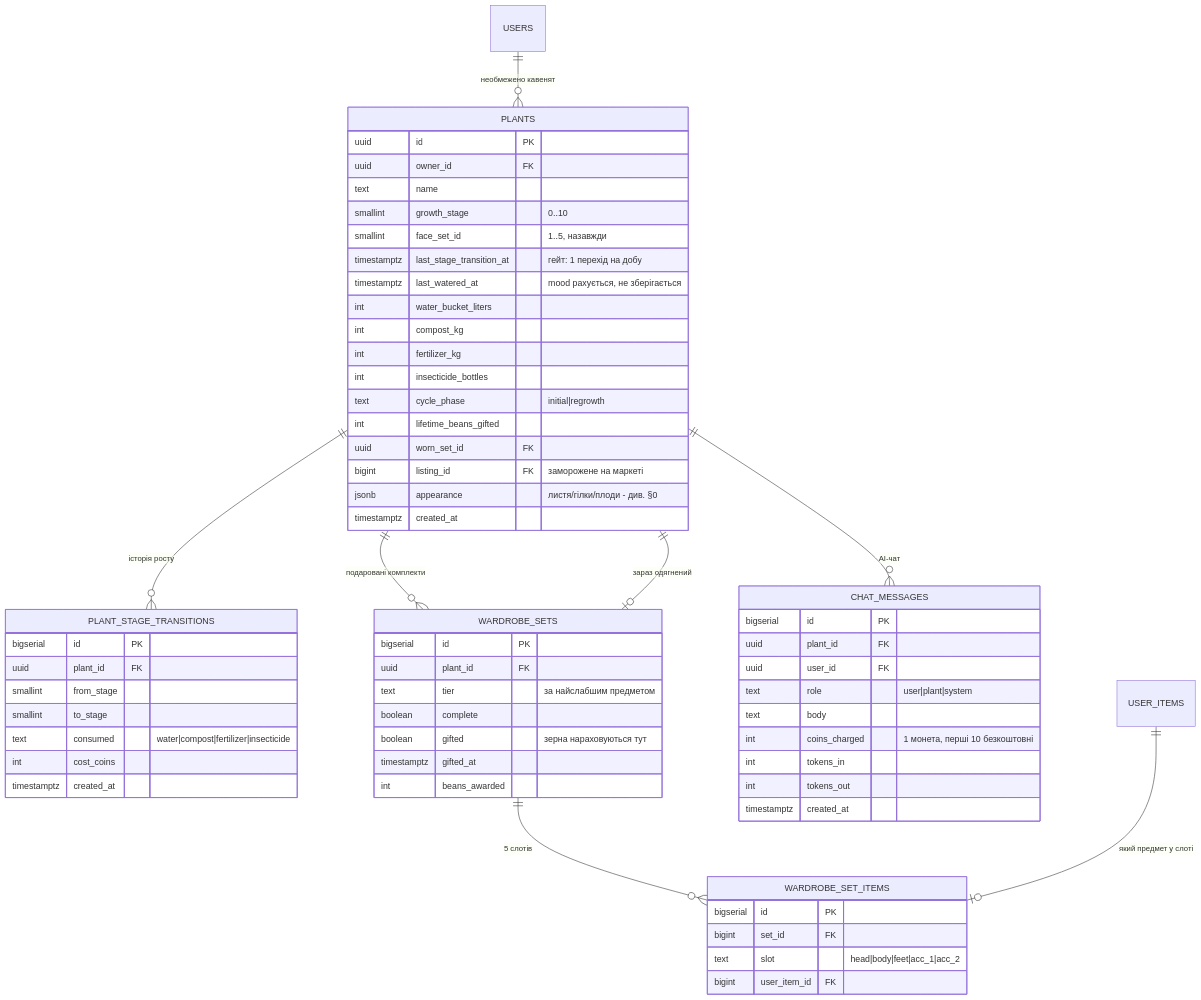
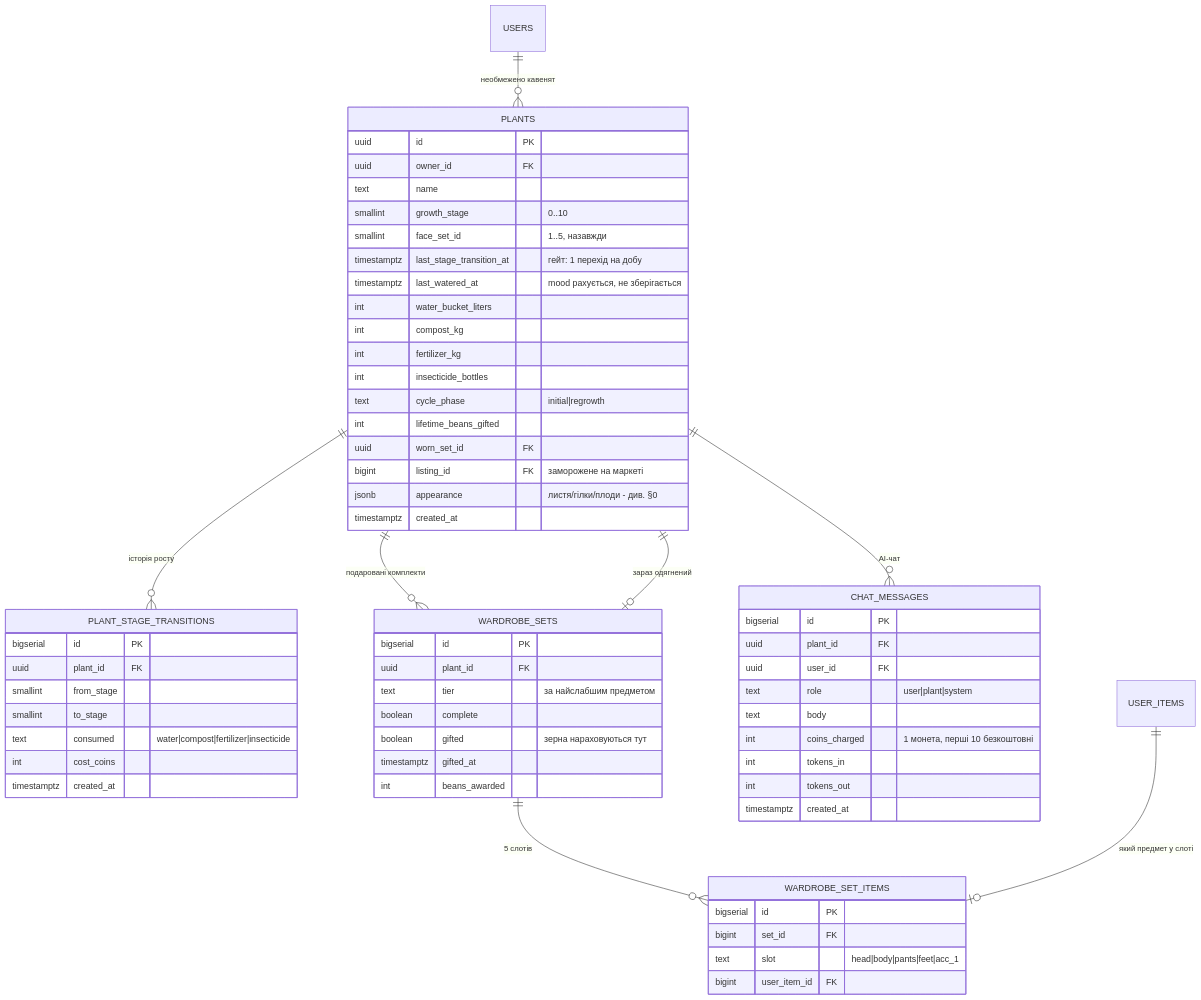
The third of 4 diagrams in docs/db-schema.md (arsengoian/extrovert.cafe), drawn with Mermaid before and after one commit. The commit also changed other lines of this file and 10 other files, not shown here.

````diff
--- a/docs/db-schema.md
+++ b/docs/db-schema.md
@@ -345,65 +449,65 @@
 ```mermaid
 erDiagram
     USERS ||--o{ PLANTS : "необмежено кавенят"
     PLANTS ||--o{ PLANT_STAGE_TRANSITIONS : "історія росту"
     PLANTS ||--o{ WARDROBE_SETS : "подаровані комплекти"
     PLANTS ||--o{ CHAT_MESSAGES : "AI-чат"
     WARDROBE_SETS ||--o{ WARDROBE_SET_ITEMS : "5 слотів"
     USER_ITEMS ||--o| WARDROBE_SET_ITEMS : "який предмет у слоті"
     PLANTS ||--o| WARDROBE_SETS : "зараз одягнений"
 
     PLANTS {
         uuid id PK
         uuid owner_id FK
         text name
         smallint growth_stage "0..10"
         smallint face_set_id "1..5, назавжди"
         timestamptz last_stage_transition_at "гейт: 1 перехід на добу"
         timestamptz last_watered_at "mood рахується, не зберігається"
         int water_bucket_liters
         int compost_kg
         int fertilizer_kg
         int insecticide_bottles
         text cycle_phase "initial|regrowth"
         int lifetime_beans_gifted
         uuid worn_set_id FK
         bigint listing_id FK "заморожене на маркеті"
         jsonb appearance "листя/гілки/плоди - див. §0"
         timestamptz created_at
     }
     PLANT_STAGE_TRANSITIONS {
         bigserial id PK
         uuid plant_id FK
         smallint from_stage
         smallint to_stage
         text consumed "water|compost|fertilizer|insecticide"
         int cost_coins
         timestamptz created_at
     }
     WARDROBE_SETS {
         bigserial id PK
         uuid plant_id FK
         text tier "за найслабшим предметом"
         boolean complete
         boolean gifted "зерна нараховуються тут"
         timestamptz gifted_at
         int beans_awarded
     }
     WARDROBE_SET_ITEMS {
         bigserial id PK
         bigint set_id FK
-        text slot "head|body|feet|acc_1|acc_2"
+        text slot "head|body|pants|feet|acc_1"
         bigint user_item_id FK
     }
     CHAT_MESSAGES {
         bigserial id PK
         uuid plant_id FK
         uuid user_id FK
         text role "user|plant|system"
         text body
         int coins_charged "1 монета, перші 10 безкоштовні"
         int tokens_in
         int tokens_out
         timestamptz created_at
     }
 ```
````
